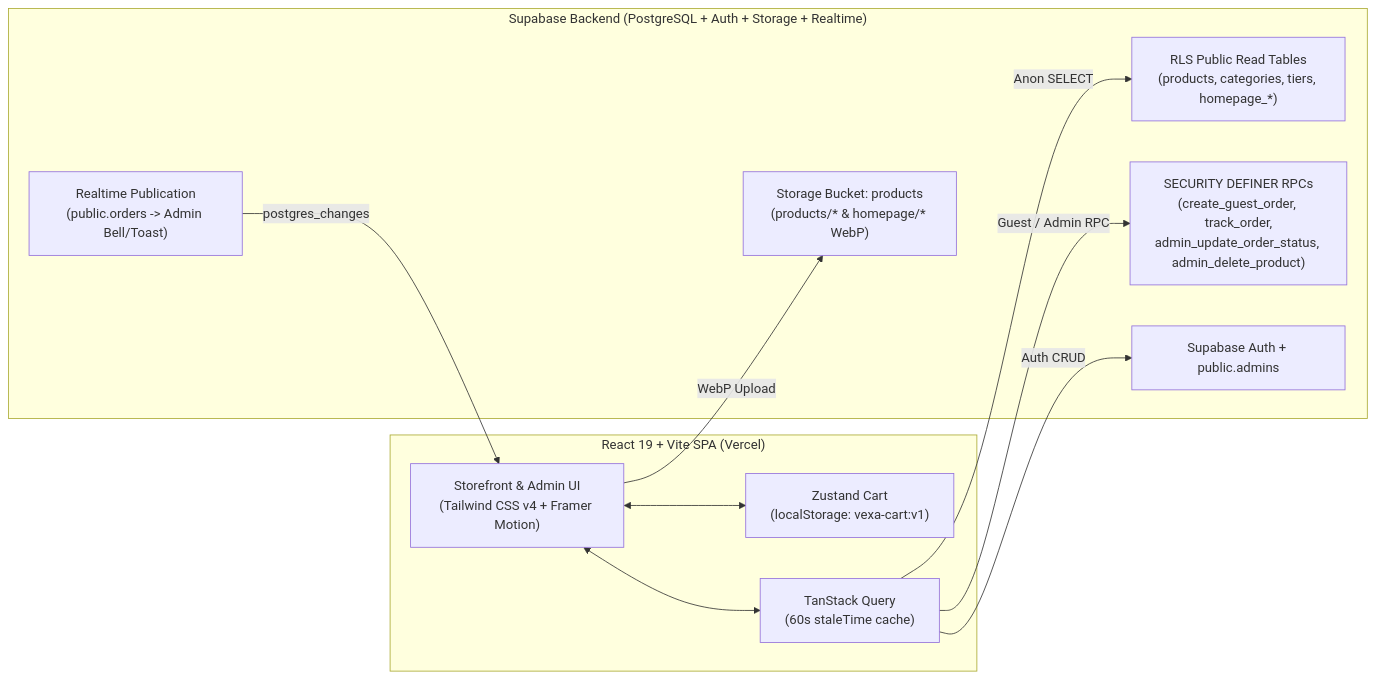
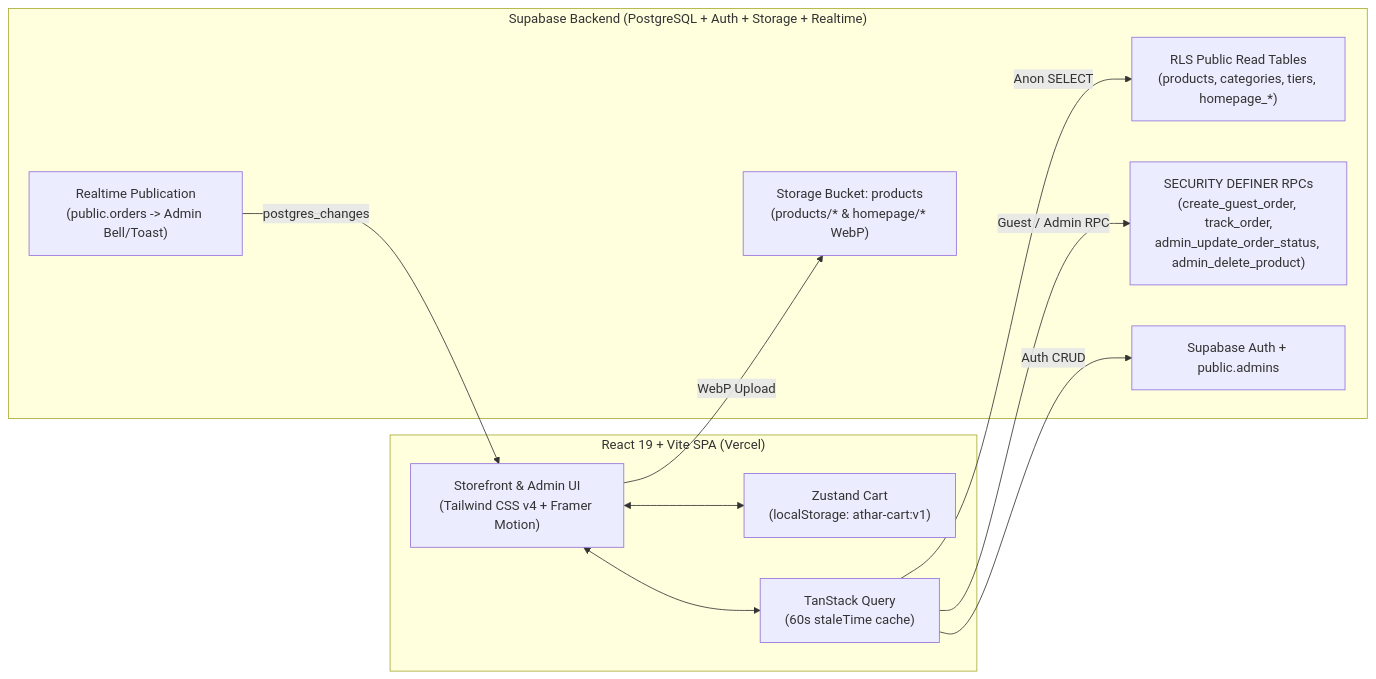
One commit to abdallahalnagar188/vexa-winter-store changed the first of 2 diagrams in PROJECT_BLUEPRINT.md. Above: the diagram before and after it, drawn with Mermaid. The commit also changed other lines of this file and 37 other files, not shown here.

````diff
--- a/PROJECT_BLUEPRINT.md
+++ b/PROJECT_BLUEPRINT.md
@@ -105,24 +105,24 @@
 ```mermaid
 flowchart LR
   subgraph Client["React 19 + Vite SPA (Vercel)"]
     UI["Storefront & Admin UI\n(Tailwind CSS v4 + Framer Motion)"]
-    ZQ["Zustand Cart\n(localStorage: vexa-cart:v1)"]
+    ZQ["Zustand Cart\n(localStorage: athar-cart:v1)"]
     TQ["TanStack Query\n(60s staleTime cache)"]
   end
 
   subgraph Supa["Supabase Backend (PostgreSQL + Auth + Storage + Realtime)"]
     RLS["RLS Public Read Tables\n(products, categories, tiers, homepage_*)"]
     RPC["SECURITY DEFINER RPCs\n(create_guest_order, track_order,\nadmin_update_order_status, admin_delete_product)"]
     AUTH["Supabase Auth + public.admins"]
     ST["Storage Bucket: products\n(products/* & homepage/* WebP)"]
     RT["Realtime Publication\n(public.orders -> Admin Bell/Toast)"]
   end
 
   UI <--> ZQ
   UI <--> TQ
   TQ -->|Anon SELECT| RLS
   TQ -->|Guest / Admin RPC| RPC
   TQ -->|Auth CRUD| AUTH
   UI -->|WebP Upload| ST
   RT -->|postgres_changes| UI
 ```
````
